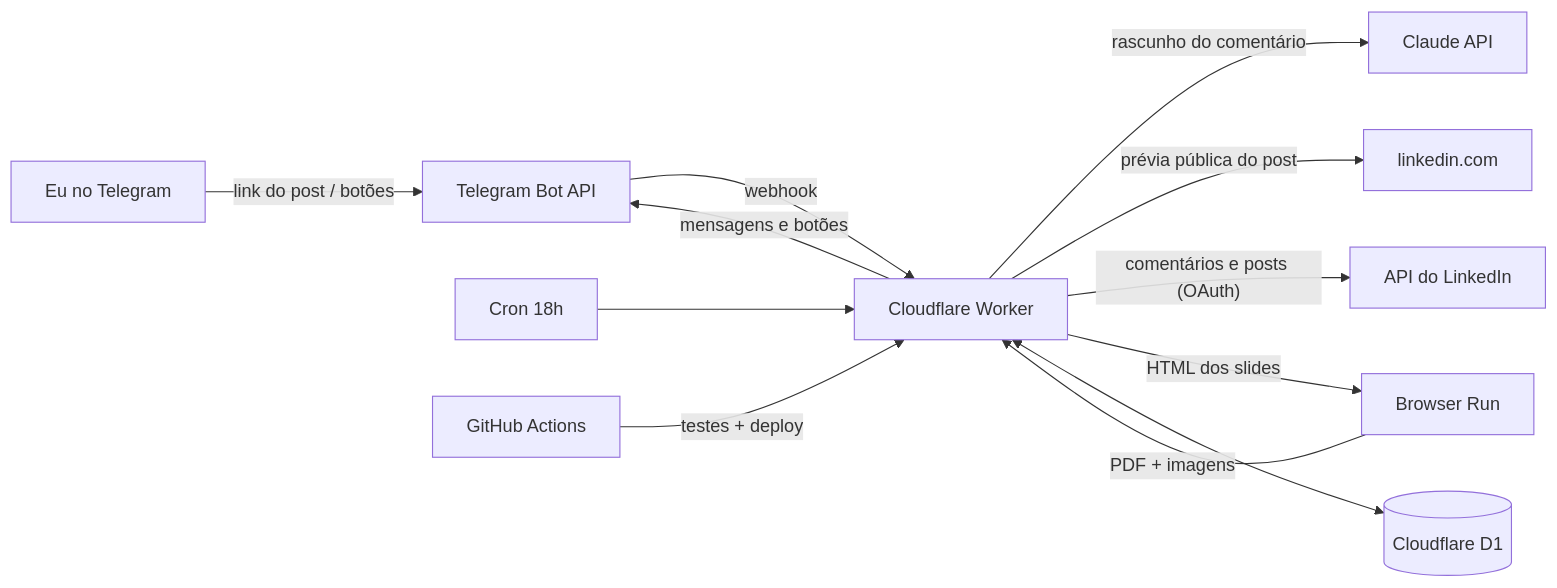
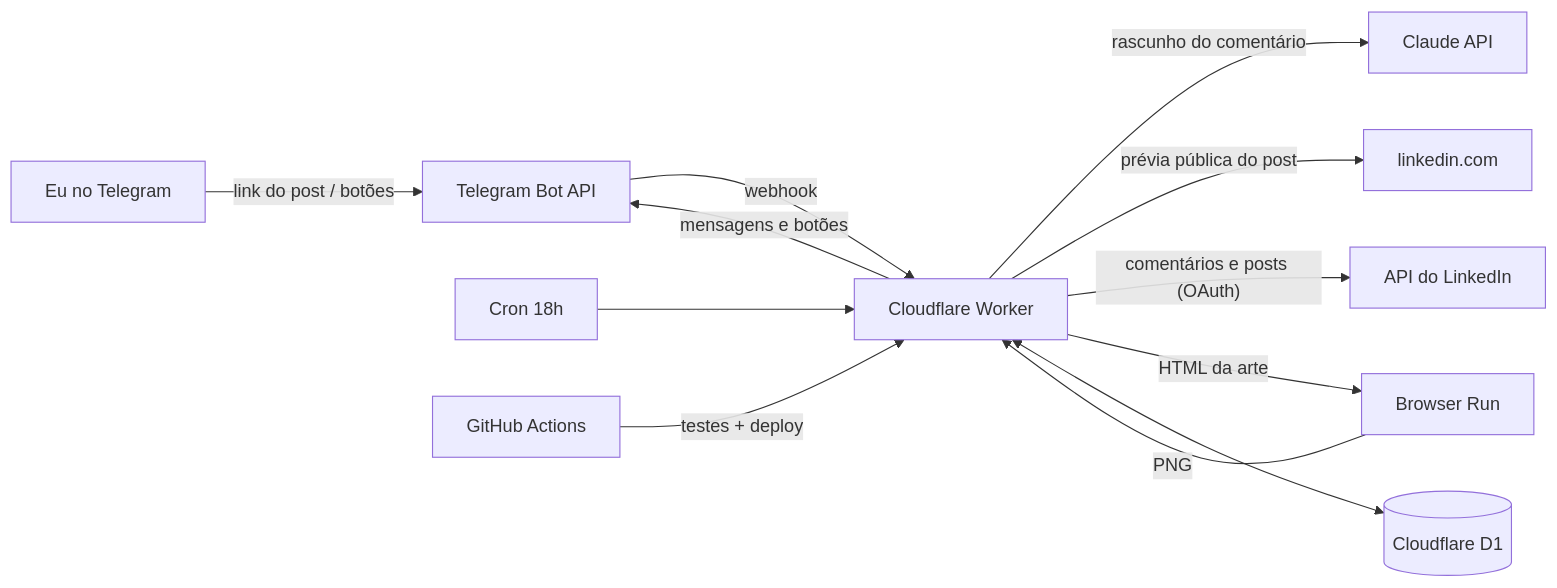
Before and after one commit to maferfan/ssi-copilot: the second of 2 diagrams in README.md, drawn with Mermaid. The commit also changed other lines of this file and 32 other files, not shown here.

````diff
--- a/README.md
+++ b/README.md
@@ -114,14 +106,14 @@
 ```mermaid
 flowchart LR
     U[Eu no Telegram] -- link do post / botões --> TG[Telegram Bot API]
     TG -- webhook --> W[Cloudflare Worker]
     W -- mensagens e botões --> TG
     C[Cron 18h] --> W
     W -- rascunho do comentário --> A[Claude API]
     W -- prévia pública do post --> L[linkedin.com]
     W -- comentários e posts (OAuth) --> LA[API do LinkedIn]
-    W -- HTML dos slides --> BR[Browser Run]
-    BR -- PDF + imagens --> W
+    W -- HTML da arte --> BR[Browser Run]
+    BR -- PNG --> W
     W <--> D[(Cloudflare D1)]
     GH[GitHub Actions] -- testes + deploy --> W
 ```
````
